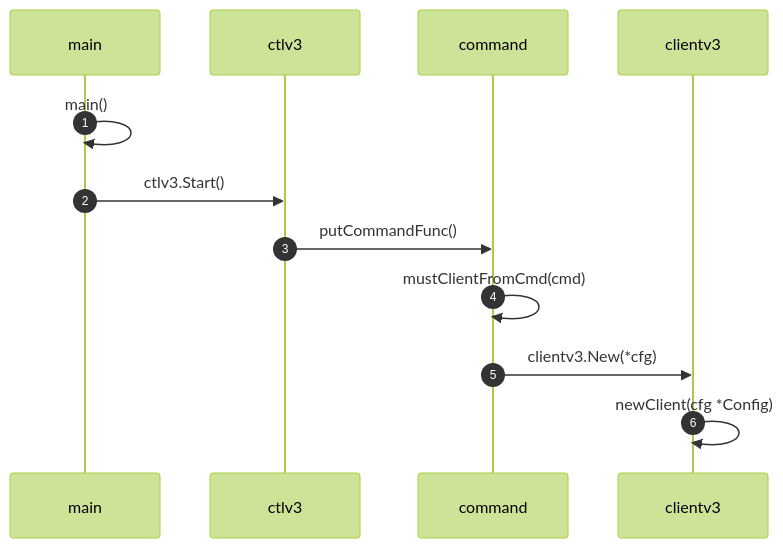
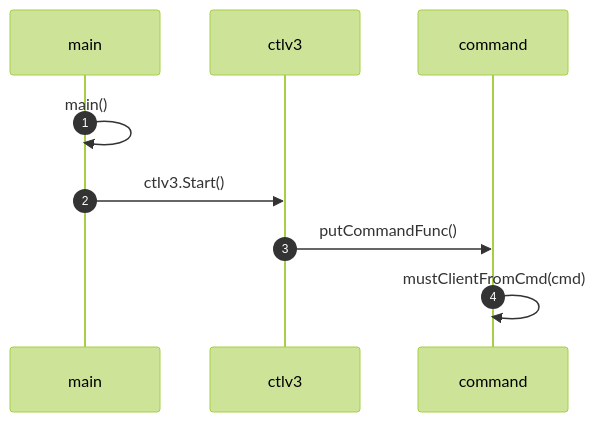
Before and after one commit to kangxiaoning/kangxiaoning.github.io: the seventh of 12 diagrams in docs/topics/etcd/etcd-watch.md, drawn with Mermaid (forest theme). The commit also changed other lines of this file, not shown here.

````diff
--- a/docs/topics/etcd/etcd-watch.md
+++ b/docs/topics/etcd/etcd-watch.md
@@ -1346,10 +1339,8 @@
 ```mermaid
 sequenceDiagram
-    autonumber
-    main->>main: main()
-    main->>ctlv3: ctlv3.Start()
-    ctlv3->>command: putCommandFunc()
-    command->>command: mustClientFromCmd(cmd)
-    command->>clientv3: clientv3.New(*cfg)
-    clientv3->>clientv3: newClient(cfg *Config)
+  autonumber
+  main->>main: main()
+  main->>ctlv3: ctlv3.Start()
+  ctlv3->>command: putCommandFunc()
+  command->>command: mustClientFromCmd(cmd)
 ```
````
